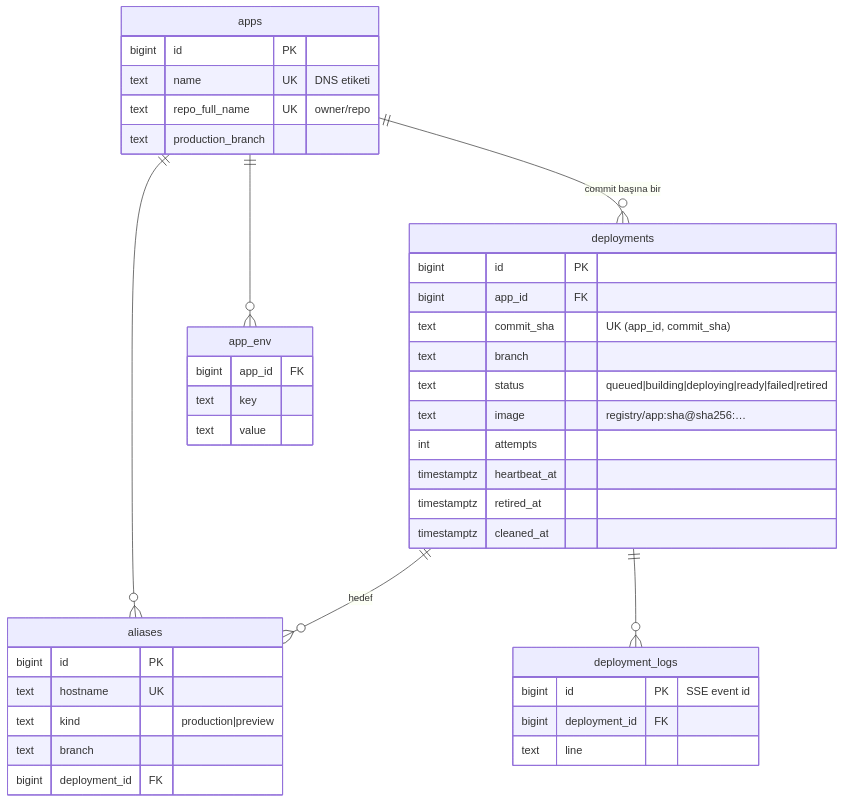
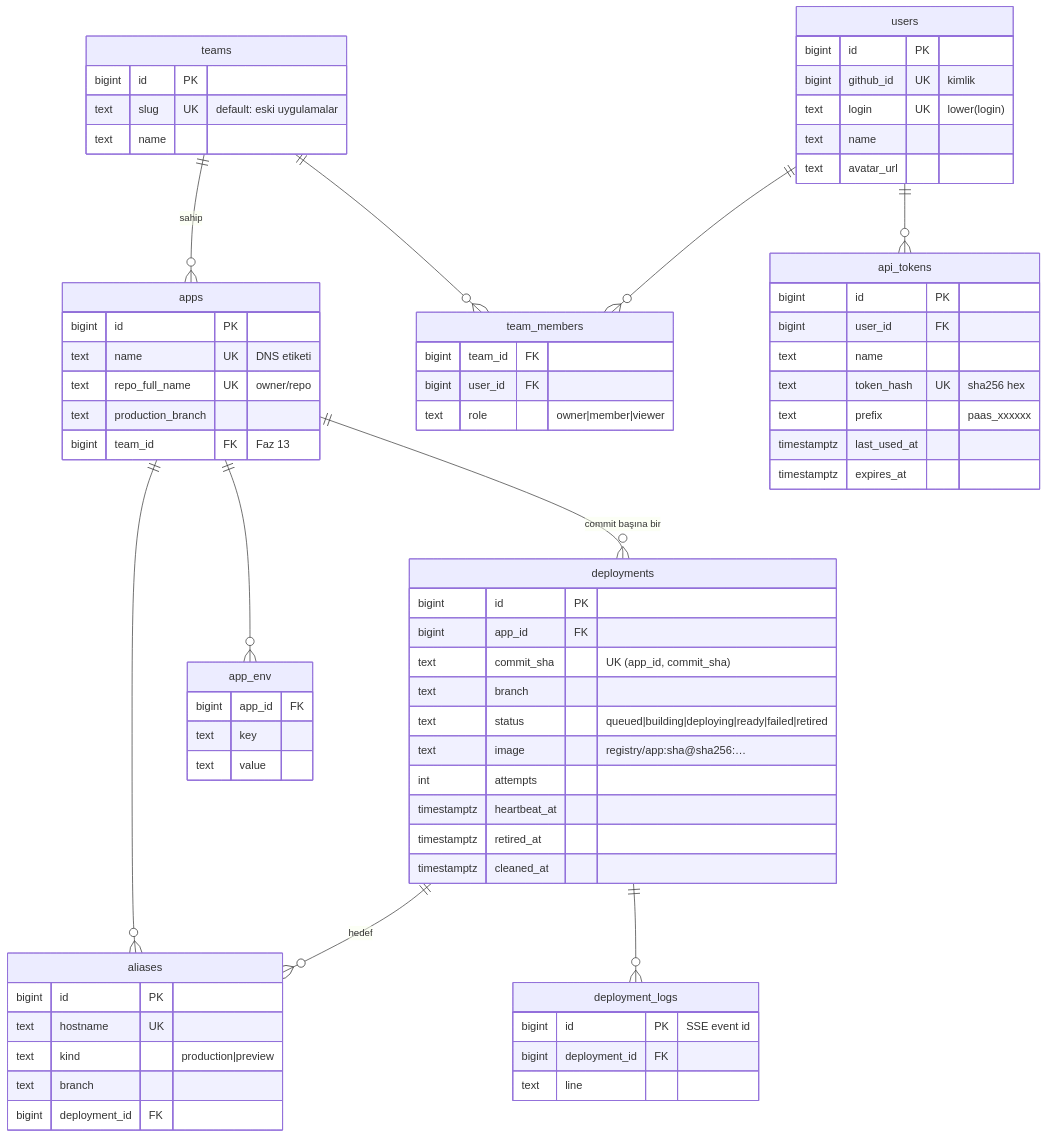
One commit to Nisagwn/paas changed the sixth of 6 diagrams in docs/ARCHITECTURE.md. Above: the diagram before and after it, drawn with Mermaid. The commit also changed other lines of this file and 37 other files, not shown here.

Commit message:
Faz 13: users, teams, GitHub OAuth login, personal API tokens, role-based access

````diff
--- a/docs/ARCHITECTURE.md
+++ b/docs/ARCHITECTURE.md
@@ -159,44 +159,75 @@
 ```mermaid
 erDiagram
     apps ||--o{ deployments : "commit başına bir"
     apps ||--o{ aliases : ""
     apps ||--o{ app_env : ""
     deployments ||--o{ aliases : "hedef"
     deployments ||--o{ deployment_logs : ""
+    teams ||--o{ apps : "sahip"
+    teams ||--o{ team_members : ""
+    users ||--o{ team_members : ""
+    users ||--o{ api_tokens : ""
 
     apps {
         bigint id PK
         text name UK "DNS etiketi"
         text repo_full_name UK "owner/repo"
         text production_branch
+        bigint team_id FK "Faz 13"
+    }
+    teams {
+        bigint id PK
+        text slug UK "default: eski uygulamalar"
+        text name
+    }
+    users {
+        bigint id PK
+        bigint github_id UK "kimlik"
+        text login UK "lower(login)"
+        text name
+        text avatar_url
+    }
+    team_members {
+        bigint team_id FK
+        bigint user_id FK
+        text role "owner|member|viewer"
+    }
+    api_tokens {
+        bigint id PK
+        bigint user_id FK
+        text name
+        text token_hash UK "sha256 hex"
+        text prefix "paas_xxxxxx"
+        timestamptz last_used_at
+        timestamptz expires_at
     }
     deployments {
         bigint id PK
         bigint app_id FK
         text commit_sha "UK (app_id, commit_sha)"
         text branch
         text status "queued|building|deploying|ready|failed|retired"
         text image "registry/app:sha@sha256:…"
         int attempts
         timestamptz heartbeat_at
         timestamptz retired_at
         timestamptz cleaned_at
     }
     aliases {
         bigint id PK
         text hostname UK
         text kind "production|preview"
         text branch
         bigint deployment_id FK
     }
     deployment_logs {
         bigint id PK "SSE event id"
         bigint deployment_id FK
         text line
     }
     app_env {
         bigint app_id FK
         text key
         text value
     }
 ```
````
